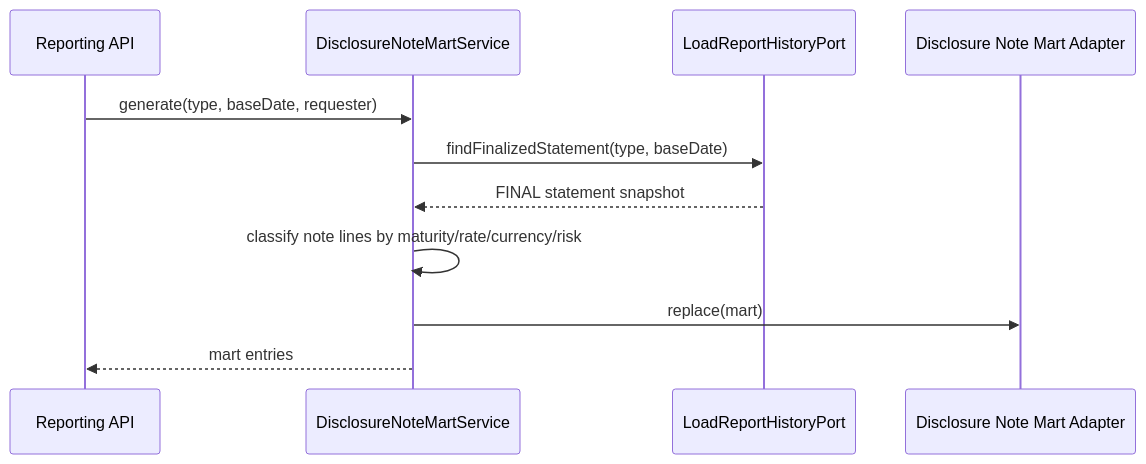
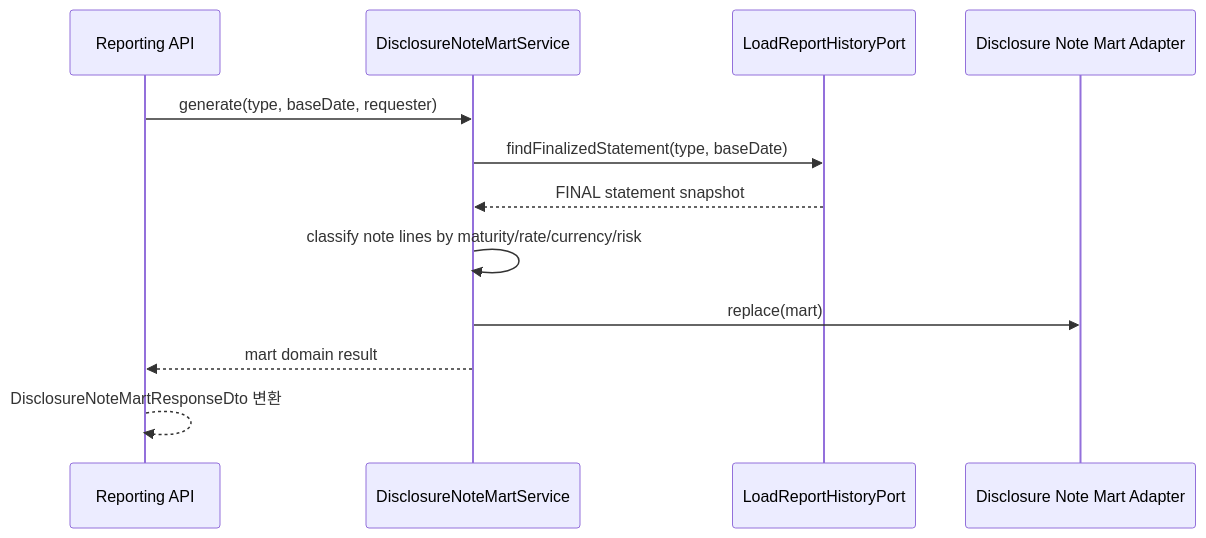
One commit to skyg547/account changed the third of 5 diagrams in reporting/docs/process-flow.md. Above: the diagram before and after it, drawn with Mermaid. The commit also changed other lines of this file and 82 other files, not shown here.

````diff
--- a/reporting/docs/process-flow.md
+++ b/reporting/docs/process-flow.md
@@ -46,14 +48,15 @@
 ```mermaid
 sequenceDiagram
     participant API as Reporting API
     participant Service as DisclosureNoteMartService
     participant Snapshot as LoadReportHistoryPort
     participant Mart as Disclosure Note Mart Adapter
 
     API->>Service: generate(type, baseDate, requester)
     Service->>Snapshot: findFinalizedStatement(type, baseDate)
     Snapshot-->>Service: FINAL statement snapshot
     Service->>Service: classify note lines by maturity/rate/currency/risk
     Service->>Mart: replace(mart)
-    Service-->>API: mart entries
+    Service-->>API: mart domain result
+    API-->>API: DisclosureNoteMartResponseDto 변환
 ```
````
